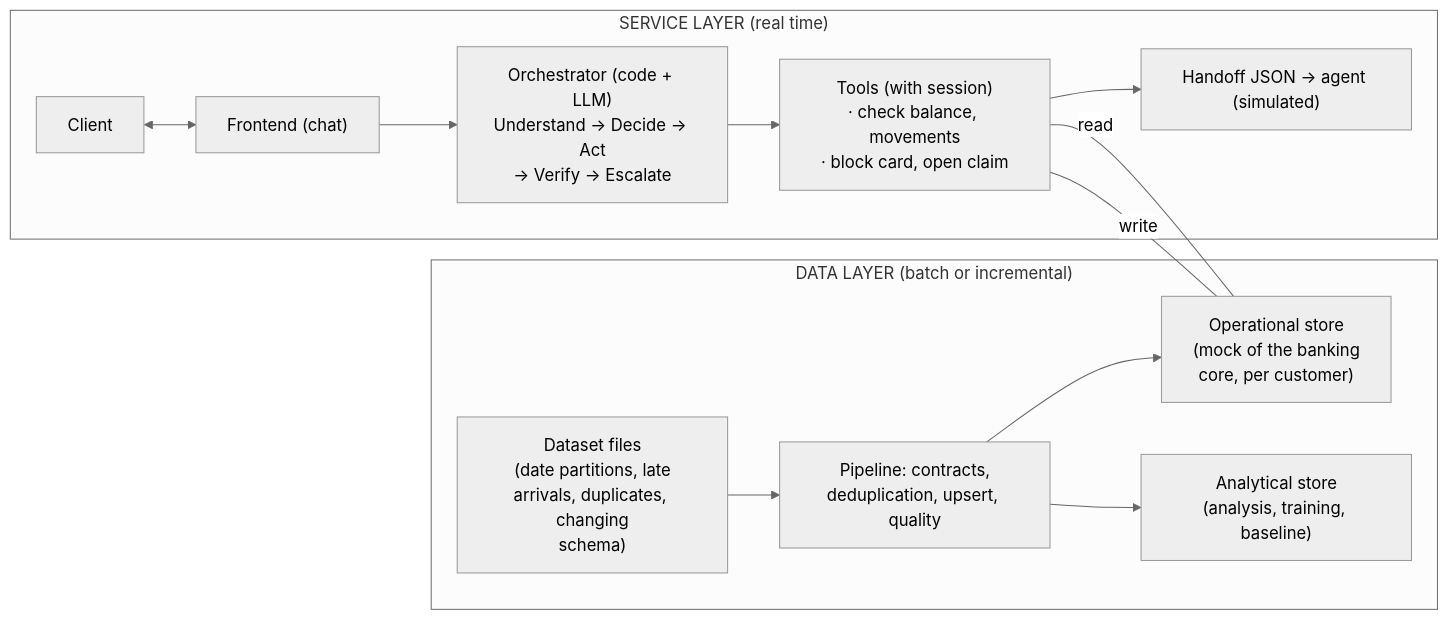
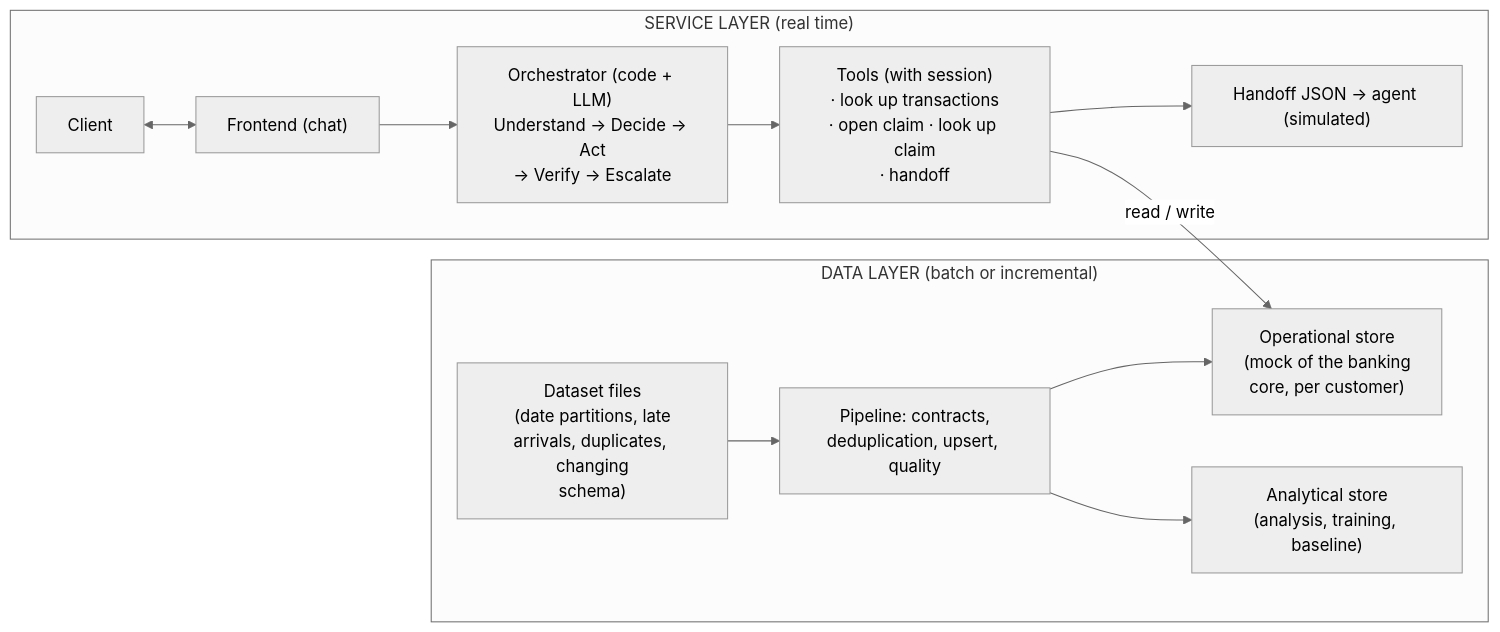
One commit to rdorta27/factored-hackathon-2026-sentinel-engine changed the first of 4 diagrams in docs/understand/architecture.md. Above: the diagram before and after it, drawn with Mermaid (neutral theme). The commit also changed other lines of this file, not shown here.

First line of the commit message:
docs: align architecture with the disputes flow and add components and mocks

````diff
--- a/docs/understand/architecture.md
+++ b/docs/understand/architecture.md
@@ -13,17 +13,16 @@
 ```mermaid
 flowchart LR
     subgraph service["SERVICE LAYER (real time)"]
         client["Client"] <--> frontend["Frontend (chat)"]
         frontend --> orch["Orchestrator (code + LLM)<br/>Understand → Decide → Act<br/>→ Verify → Escalate"]
-        orch --> tools["Tools (with session)<br/>· check balance, movements<br/>· block card, open claim"]
+        orch --> tools["Tools (with session)<br/>· look up transactions<br/>· open claim · look up claim<br/>· handoff"]
         tools --> handoff["Handoff JSON → agent (simulated)"]
     end
     subgraph dataL["DATA LAYER (batch or incremental)"]
         files["Dataset files<br/>(date partitions, late<br/>arrivals, duplicates, changing<br/>schema)"]
         files --> pipe["Pipeline: contracts,<br/>deduplication, upsert, quality"]
         pipe --> opstore["Operational store<br/>(mock of the banking<br/>core, per customer)"]
         pipe --> anstore["Analytical store<br/>(analysis, training, baseline)"]
     end
-    tools -- read --- opstore
-    tools -- write --- opstore
+    tools -- "read / write" --> opstore
 ```
````
